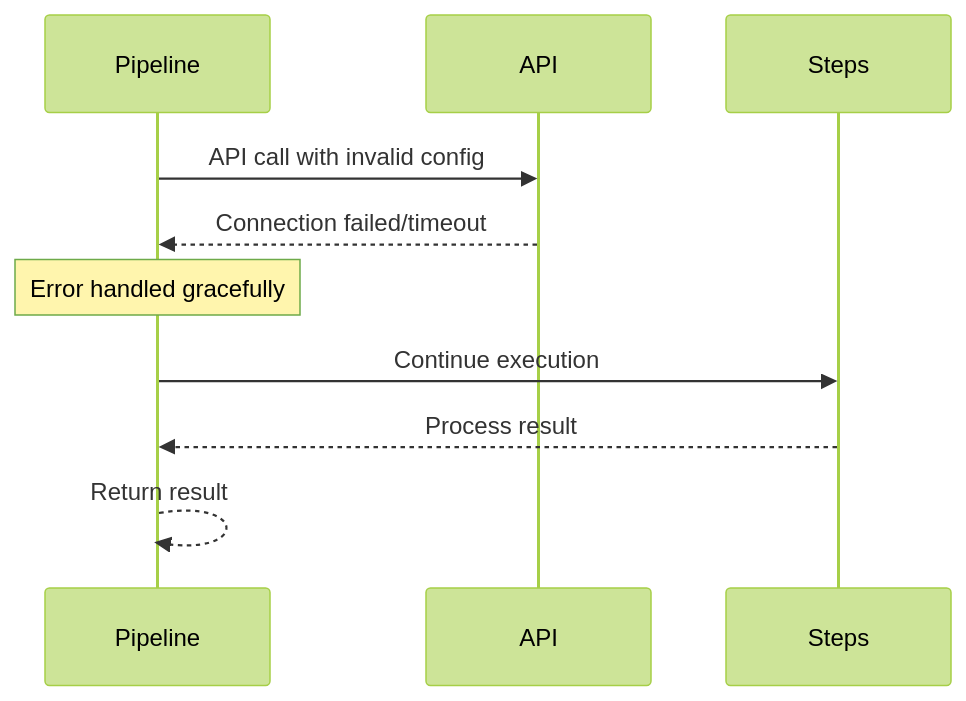
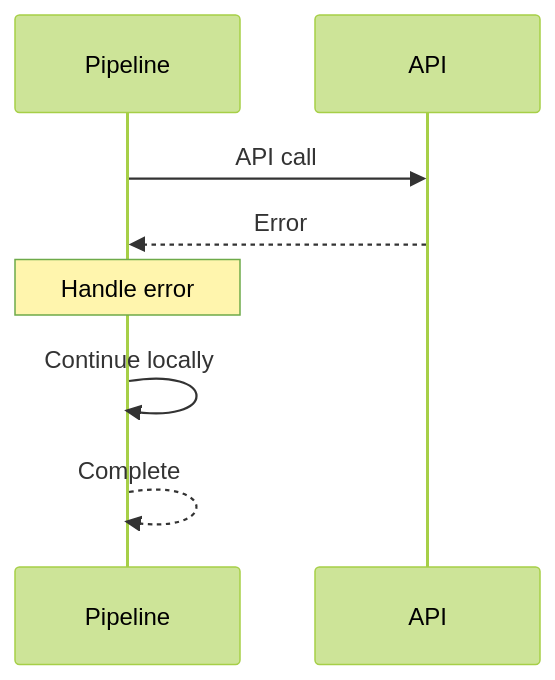
The second of 5 diagrams in examples/api_pipeline/04_api_errors/README.md (wisrovi/wpipe), drawn with Mermaid (forest theme) before and after one commit. The commit also changed other lines of this file and 20 other files, not shown here.

First line of the commit message:
Simplify Mermaid diagrams for better rendering

````diff
--- a/examples/api_pipeline/04_api_errors/README.md
+++ b/examples/api_pipeline/04_api_errors/README.md
@@ -24,13 +24,11 @@
 ```mermaid
 sequenceDiagram
-    participant Pipeline
-    participant API
-    participant Steps
+    participant P as Pipeline
+    participant A as API
     
-    Pipeline->>API: API call with invalid config
-    API-->>Pipeline: Connection failed/timeout
-    Note over Pipeline: Error handled gracefully
-    Pipeline->>Steps: Continue execution
-    Steps-->>Pipeline: Process result
-    Pipeline-->>Pipeline: Return result
+    P->>A: API call
+    A-->>P: Error
+    Note over P: Handle error
+    P->>P: Continue locally
+    P-->>P: Complete
 ```
````
